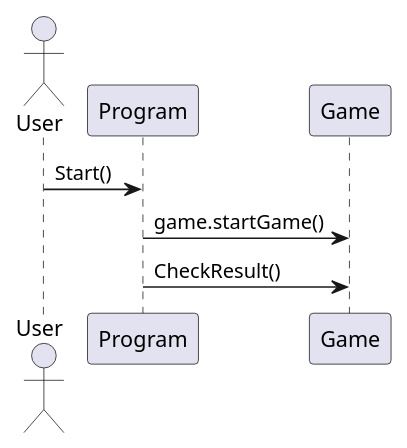
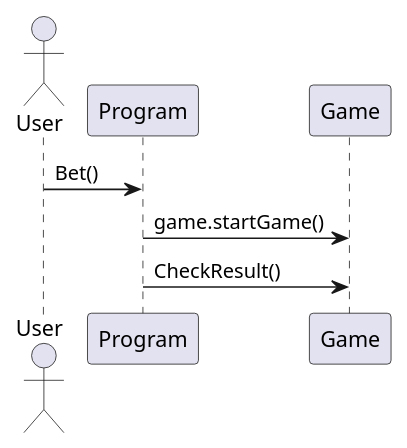
The diagram in DiagramOppgave/TippekupongUML/SequenceDiagram.puml (mrskme/DiagramOppgave), drawn with PlantUML before and after one commit. The commit also changed 1 other file, not shown here.

```diff
--- a/DiagramOppgave/TippekupongUML/SequenceDiagram.puml
+++ b/DiagramOppgave/TippekupongUML/SequenceDiagram.puml
@@ -1,9 +1,9 @@
 @startuml
 '' SequenceDiagram
 
 actor User
 
-User -> Program: Start()
+User -> Program: Bet()
 Program -> Game: game.startGame()
 Program -> Game: CheckResult()
 @enduml
```
